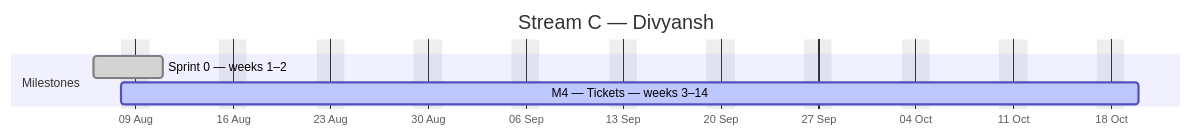
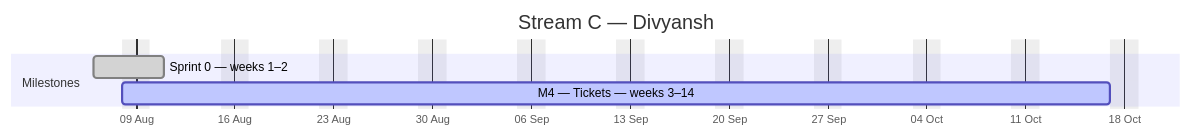
The third of 4 diagrams in docs/plan/GANTT.md (debashisedunext/EduTrack), drawn with Mermaid before and after one commit. The commit also changed other lines of this file and 3 other files, not shown here.

````diff
--- a/docs/plan/GANTT.md
+++ b/docs/plan/GANTT.md
@@ -138,10 +136,10 @@
 ```mermaid
 gantt
     dateFormat YYYY-MM-DD
     axisFormat %d %b
     title Stream C — Divyansh
     excludes weekends
     section Milestones
     Sprint 0 — weeks 1–2 :done, c0, 2026-08-06, 3d
-    M4 — Tickets — weeks 3–14 :active, c1, 2026-08-08, 52d
+    M4 — Tickets — weeks 3–14 :active, c1, 2026-08-08, 51d
 ```
````
